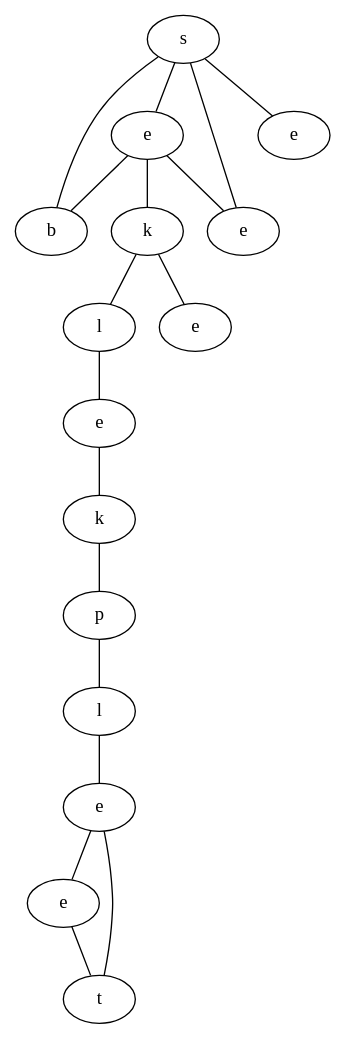
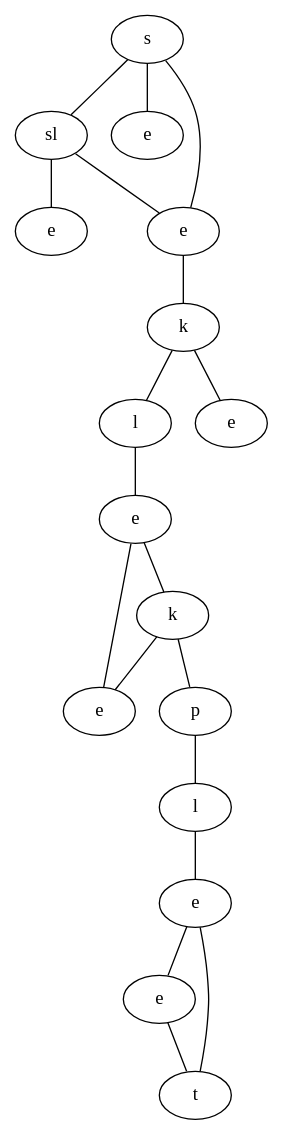
Before and after one commit to schrum2/MM-NEAT: the diagram in data/VGLC/graph.dot, drawn with Graphviz. The commit also changed 1 other file, not shown here.

```diff
--- a/data/VGLC/graph.dot
+++ b/data/VGLC/graph.dot
@@ -1,34 +1,36 @@
 graph {
-UeyE[label="s"]
-GdwZ[label="e"]
-MQci[label="b"]
-vIss[label="e"]
-qBom[label="e"]
-bXwT[label="k"]
-rOMO[label="l"]
-jtxI[label="e"]
-oLZG[label="e"]
-Bpoi[label="k"]
-HMgs[label="p"]
-TYIA[label="l"]
-lCHt[label="e"]
-nqyN[label="e"]
-Dxna[label="t"]
-UeyE -- GdwZ
-UeyE -- MQci
-UeyE -- vIss
-UeyE -- qBom
-GdwZ -- bXwT
-GdwZ -- MQci
-GdwZ -- vIss
-bXwT -- rOMO
-bXwT -- jtxI
-rOMO -- oLZG
-oLZG -- Bpoi
-Bpoi -- HMgs
-HMgs -- TYIA
-TYIA -- lCHt
-lCHt -- nqyN
-lCHt -- Dxna
-nqyN -- Dxna
+oekH[label="s"]
+cvQp[label="sl"]
+guDK[label="e"]
+fIab[label="e"]
+JSnQ[label="e"]
+cLNP[label="k"]
+uxXv[label="l"]
+oyCf[label="e"]
+ukrf[label="e"]
+jcJF[label="k"]
+Inqt[label="e"]
+moap[label="p"]
+ktbc[label="l"]
+yjGu[label="e"]
+ndJp[label="e"]
+zloH[label="t"]
+oekH -- cvQp
+oekH -- guDK
+oekH -- fIab
+cvQp -- fIab
+cvQp -- JSnQ
+fIab -- cLNP
+cLNP -- uxXv
+cLNP -- oyCf
+uxXv -- ukrf
+ukrf -- jcJF
+ukrf -- Inqt
+jcJF -- Inqt
+jcJF -- moap
+moap -- ktbc
+ktbc -- yjGu
+yjGu -- ndJp
+yjGu -- zloH
+ndJp -- zloH
 }
```
